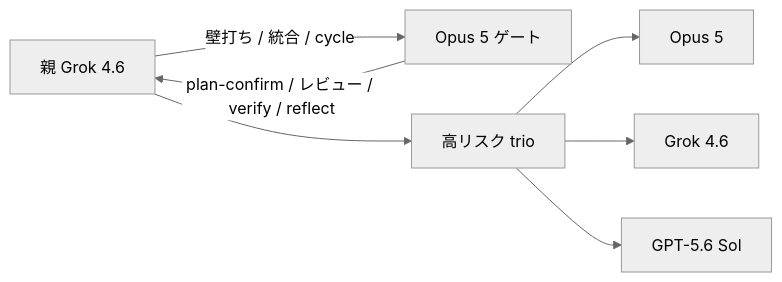
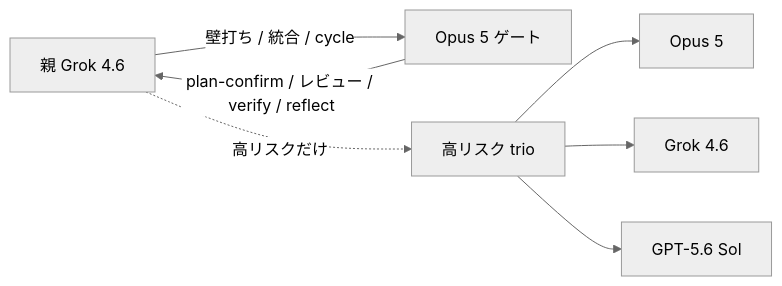
Before and after one commit to marumo333/cursor-harness: the first of 3 diagrams in README.md, drawn with Mermaid (neutral theme). The commit also changed other lines of this file, not shown here.

Commit message:
docs: README に起動・出生規則・図の条件を足す。

````diff
--- a/README.md
+++ b/README.md
@@ -23,12 +36,12 @@
 ```mermaid
 flowchart LR
   parent["親 Grok 4.6"]
   opus["Opus 5 ゲート"]
   trio["高リスク trio"]
   parent -->|"壁打ち / 統合 / cycle"| opus
   opus -->|"plan-confirm / レビュー / verify / reflect"| parent
-  parent --> trio
+  parent -.->|"高リスクだけ"| trio
   trio --> o2["Opus 5"]
   trio --> g2["Grok 4.6"]
   trio --> sol["GPT-5.6 Sol"]
 ```
````
